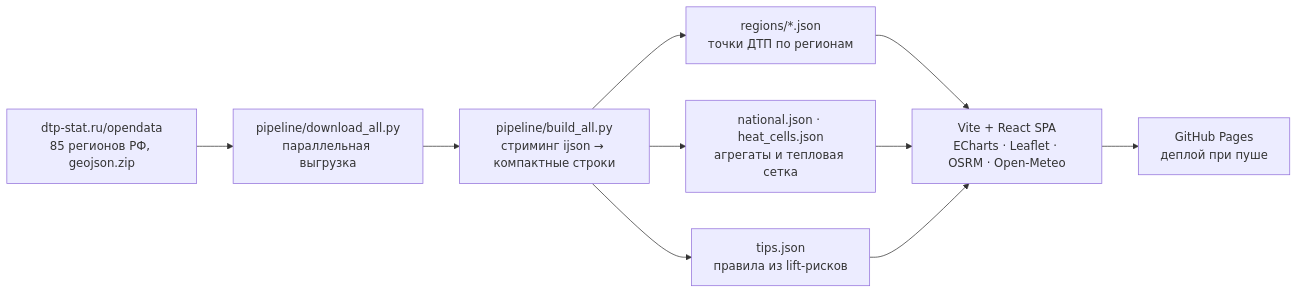
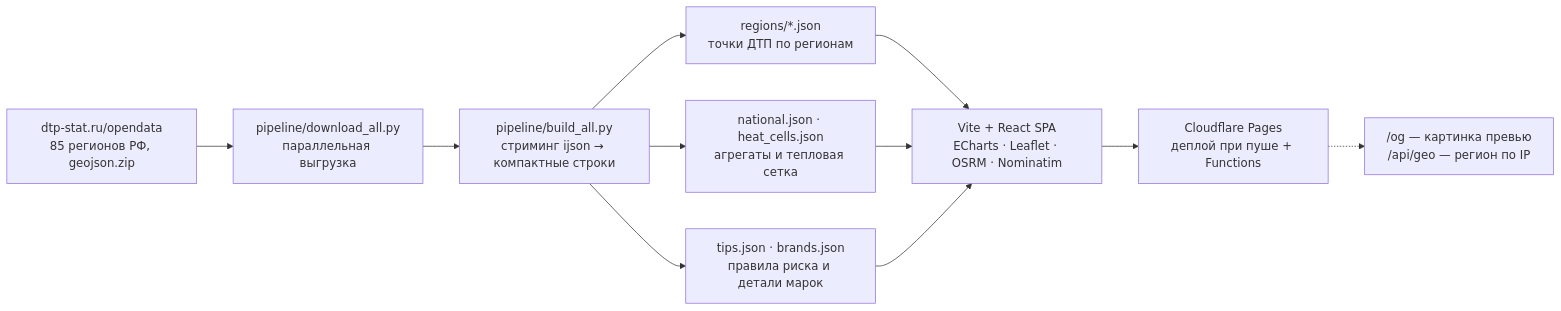
One commit to cwjechw98-lang/dtp-analitycs changed the diagram in README.md. Above: the diagram before and after it, drawn with Mermaid. The commit also changed other lines of this file and 1 other file, not shown here.

Commit message:
docs: обновлён README под актуальное состояние — Cloudflare Pages (основной) + GitHub Pages (зеркало), 4 раздела, карточка-вердикт v3, движок находок, OG-превью, пермалинки, 48 тестов; свежий скриншот OG-вердикта

````diff
--- a/README.md
+++ b/README.md
@@ -60,10 +61,11 @@
 ```mermaid
 flowchart LR
     A["dtp-stat.ru/opendata<br/>85 регионов РФ, geojson.zip"] --> B["pipeline/download_all.py<br/>параллельная выгрузка"]
     B --> C["pipeline/build_all.py<br/>стриминг ijson → компактные строки"]
     C --> D["regions/*.json<br/>точки ДТП по регионам"]
     C --> E["national.json · heat_cells.json<br/>агрегаты и тепловая сетка"]
-    C --> F["tips.json<br/>правила из lift-рисков"]
-    D & E & F --> G["Vite + React SPA<br/>ECharts · Leaflet · OSRM · Open-Meteo"]
-    G --> H["GitHub Pages<br/>деплой при пуше"]
+    C --> F["tips.json · brands.json<br/>правила риска и детали марок"]
+    D & E & F --> G["Vite + React SPA<br/>ECharts · Leaflet · OSRM · Nominatim"]
+    G --> H["Cloudflare Pages<br/>деплой при пуше + Functions"]
+    H -.-> I["/og — картинка превью<br/>/api/geo — регион по IP"]
 ```
````
